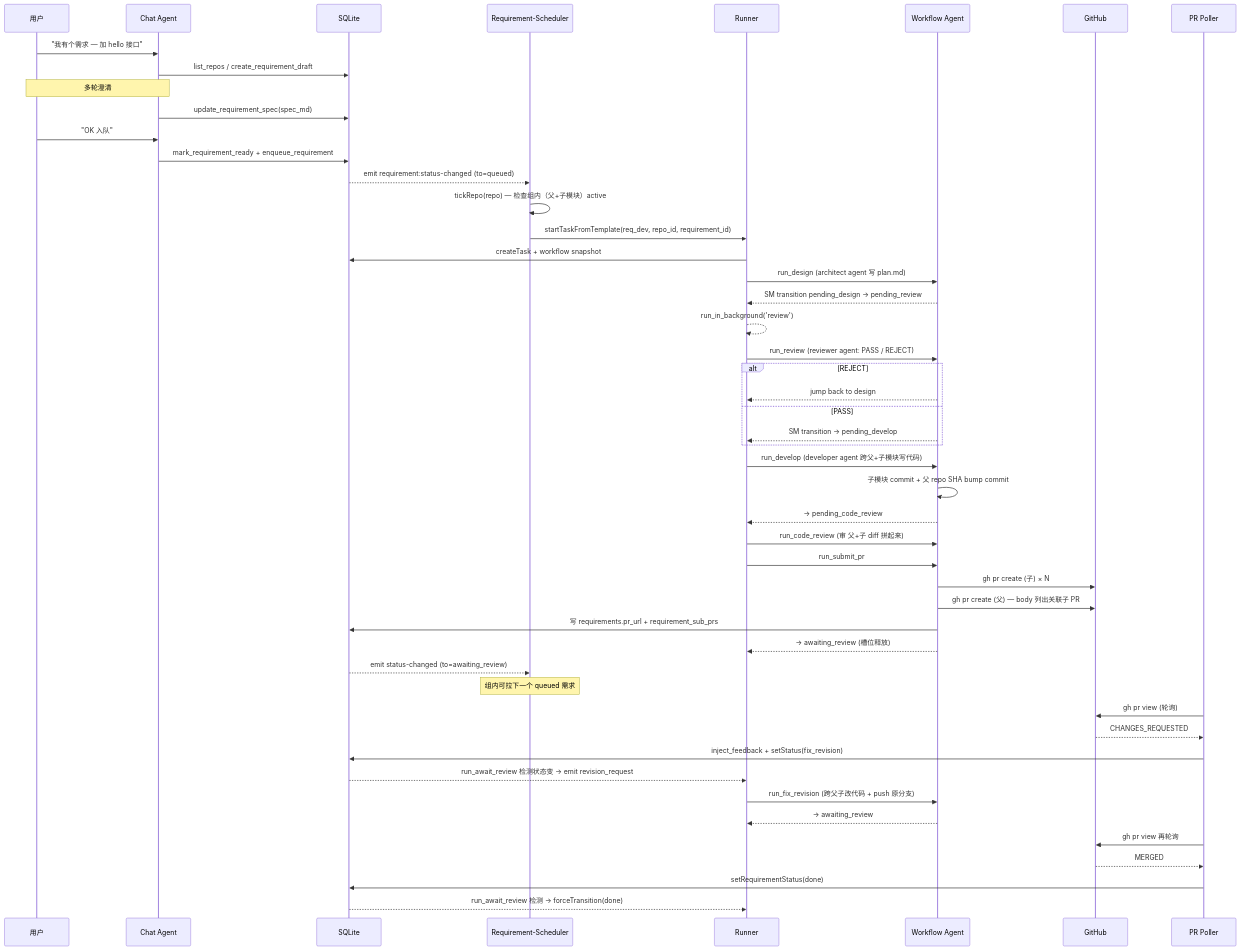
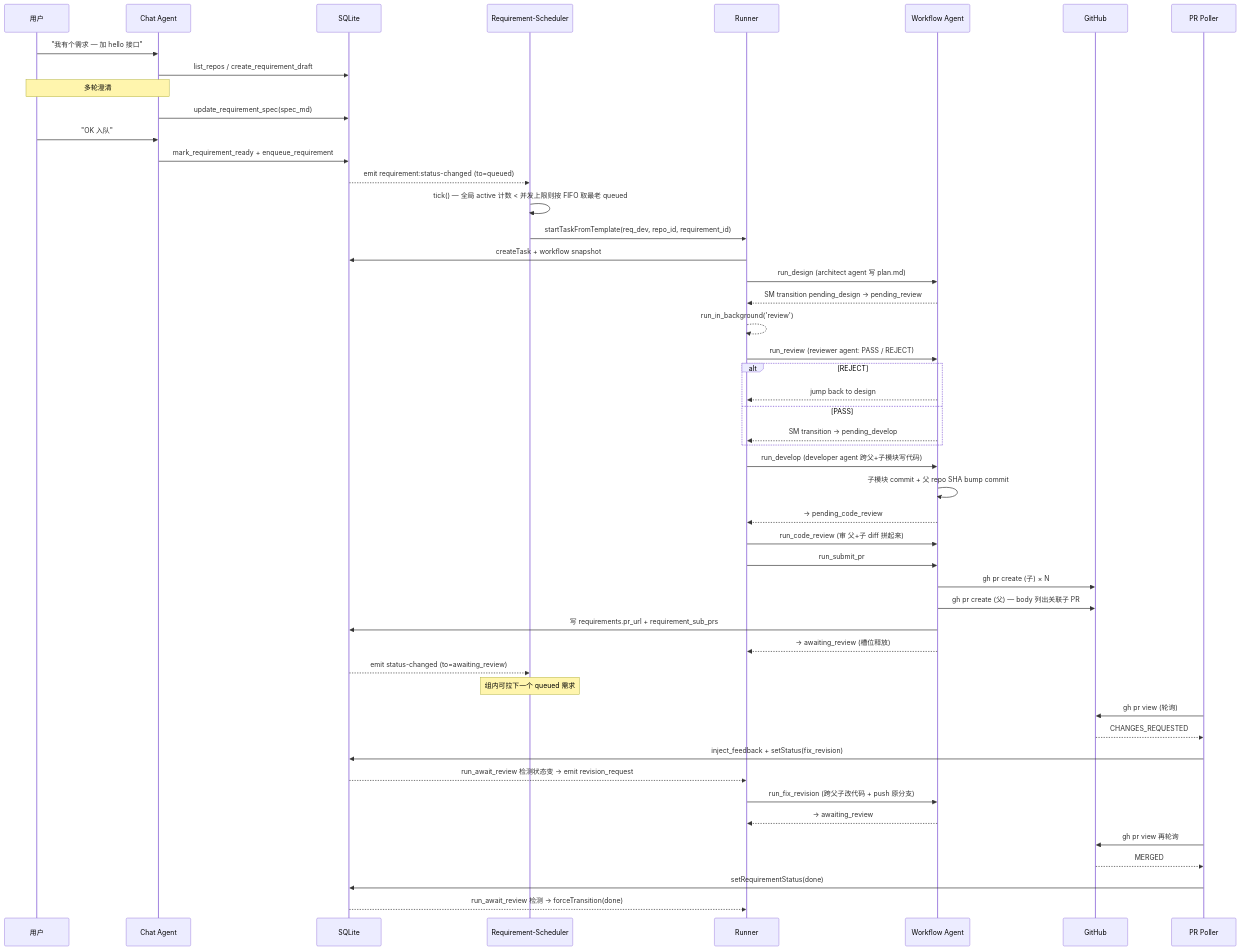
One commit to larrygogo/autopilot changed the second of 2 diagrams in docs/architecture.md. Above: the diagram before and after it, drawn with Mermaid. The commit also changed other lines of this file and 6 other files, not shown here.

Commit message:
refactor(daemon): 调度器纯全局上限 FIFO（Stage 2/4）—— 删按仓库串行（沙盒隔离后仓库非冲突域），全局并发上限内 created_at 先进先出、一次事件填满空槽；无库需求可调度（失败可见替代静默死锁）；daemon 启动补 tick 捡存量 queued

````diff
--- a/docs/architecture.md
+++ b/docs/architecture.md
@@ -138,59 +138,59 @@
 ```mermaid
 sequenceDiagram
     participant U as 用户
     participant Chat as Chat Agent
     participant DB as SQLite
     participant Sch as Requirement-Scheduler
     participant R as Runner
     participant A as Workflow Agent
     participant GH as GitHub
     participant PRP as PR Poller
 
     U->>Chat: "我有个需求 — 加 hello 接口"
     Chat->>DB: list_repos / create_requirement_draft
     Note over Chat,U: 多轮澄清
     Chat->>DB: update_requirement_spec(spec_md)
     U->>Chat: "OK 入队"
     Chat->>DB: mark_requirement_ready + enqueue_requirement
     DB-->>Sch: emit requirement:status-changed (to=queued)
 
-    Sch->>Sch: tickRepo(repo) — 检查组内（父+子模块）active
+    Sch->>Sch: tick() — 全局 active 计数 < 并发上限则按 FIFO 取最老 queued
     Sch->>R: startTaskFromTemplate(req_dev, repo_id, requirement_id)
     R->>DB: createTask + workflow snapshot
     R->>A: run_design (architect agent 写 plan.md)
     A-->>R: SM transition pending_design → pending_review
     R-->>R: run_in_background('review')
 
     R->>A: run_review (reviewer agent: PASS / REJECT)
     alt REJECT
         A-->>R: jump back to design
     else PASS
         A-->>R: SM transition → pending_develop
     end
 
     R->>A: run_develop (developer agent 跨父+子模块写代码)
     A->>A: 子模块 commit + 父 repo SHA bump commit
     A-->>R: → pending_code_review
 
     R->>A: run_code_review (审 父+子 diff 拼起来)
     R->>A: run_submit_pr
     A->>GH: gh pr create (子) × N
     A->>GH: gh pr create (父) — body 列出关联子 PR
     A->>DB: 写 requirements.pr_url + requirement_sub_prs
 
     A-->>R: → awaiting_review (槽位释放)
     DB-->>Sch: emit status-changed (to=awaiting_review)
     Note over Sch: 组内可拉下一个 queued 需求
 
     PRP->>GH: gh pr view (轮询)
     GH-->>PRP: CHANGES_REQUESTED
     PRP->>DB: inject_feedback + setStatus(fix_revision)
     DB-->>R: run_await_review 检测状态变 → emit revision_request
     R->>A: run_fix_revision (跨父子改代码 + push 原分支)
     A-->>R: → awaiting_review
 
     PRP->>GH: gh pr view 再轮询
     GH-->>PRP: MERGED
     PRP->>DB: setRequirementStatus(done)
     DB-->>R: run_await_review 检测 → forceTransition(done)
 ```
````
